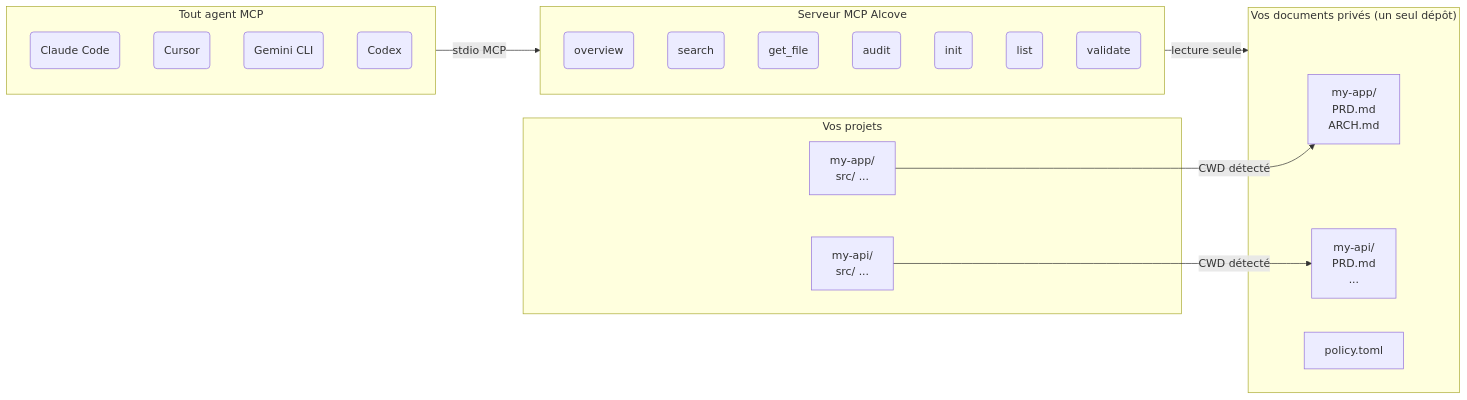
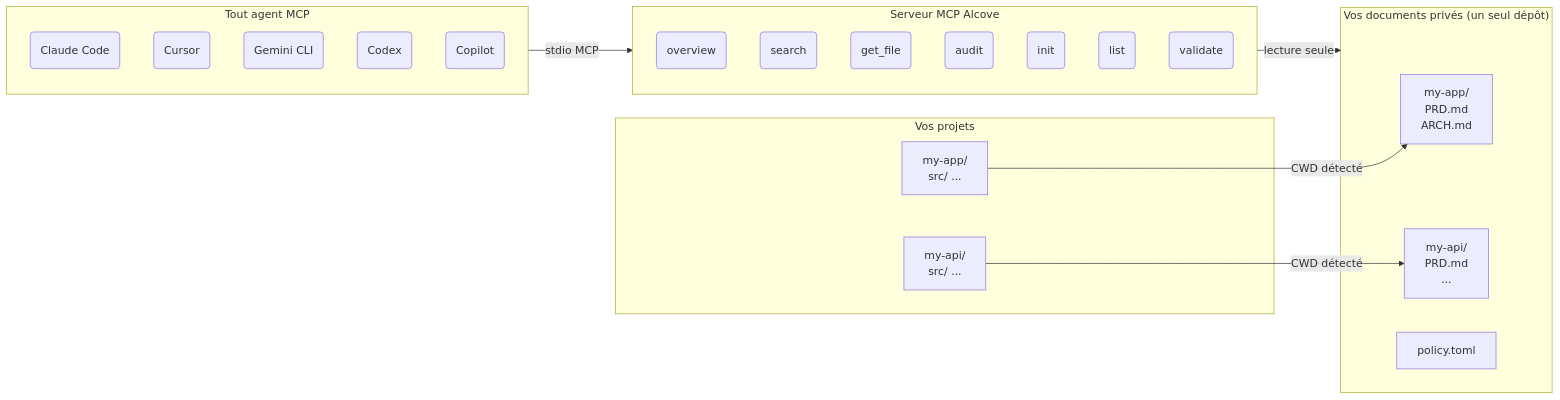
Before and after one commit to redxzeta/Icecove: the diagram in docs/README.fr.md, drawn with Mermaid. The commit also changed other lines of this file and 12 other files, not shown here.

````diff
--- a/docs/README.fr.md
+++ b/docs/README.fr.md
@@ -106,35 +106,36 @@
 ```mermaid
 flowchart LR
     subgraph Projects["Vos projets"]
         A1["my-app/\n  src/ ..."]
         A2["my-api/\n  src/ ..."]
     end
 
     subgraph Docs["Vos documents privés (un seul dépôt)"]
         D1["my-app/\n  PRD.md\n  ARCH.md"]
         D2["my-api/\n  PRD.md\n  ..."]
         P1["policy.toml"]
     end
 
     subgraph Agents["Tout agent MCP"]
         AG1(Claude Code)
         AG2(Cursor)
         AG3(Gemini CLI)
         AG4(Codex)
+        AG5(Copilot)
     end
 
     subgraph MCP["Serveur MCP Alcove"]
         T1(overview)
         T2(search)
         T3(get_file)
         T4(audit)
         T5(init)
         T6(list)
         T7(validate)
     end
 
     A1 -- "CWD détecté" --> D1
     A2 -- "CWD détecté" --> D2
     Agents -- "stdio MCP" --> MCP
     MCP -- "lecture seule" --> Docs
 ```
````
